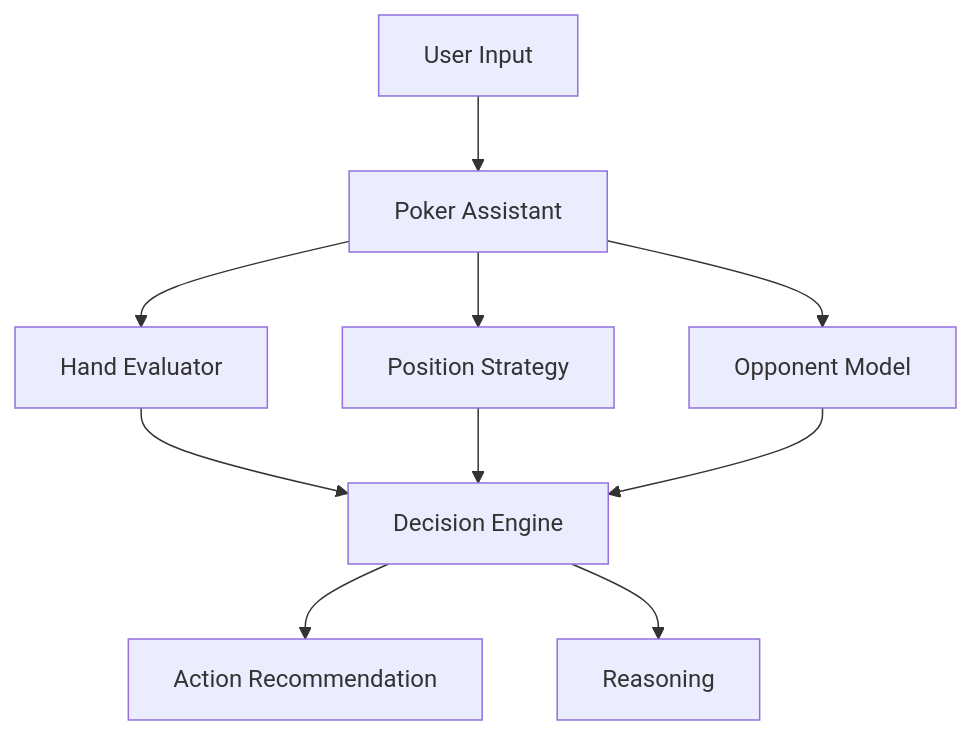
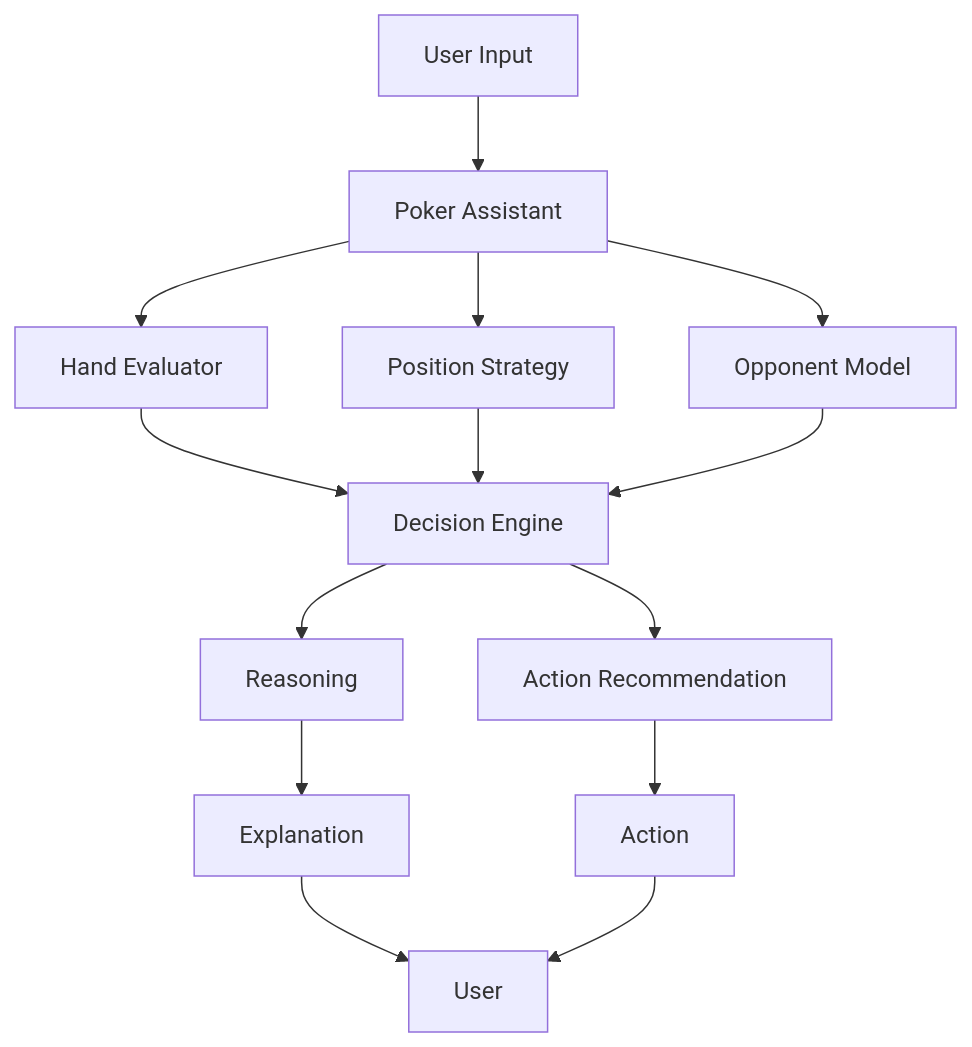
One commit to ruvnet/local-logic changed the first of 6 diagrams in poker/poker_bot/docs/readme.md. Above: the diagram before and after it, drawn with Mermaid. The commit also changed other lines of this file, not shown here.

Commit message:
feat: Add quick start, prerequisites, version history, and enhance system architecture diagram

````diff
--- a/poker/poker_bot/docs/readme.md
+++ b/poker/poker_bot/docs/readme.md
@@ -268,10 +303,13 @@
 ```mermaid
 graph TD
     A[User Input] --> B[Poker Assistant]
     B --> C[Hand Evaluator]
-    B --> D[Position Strategy]
+    B --> D[Position Strategy] 
     B --> E[Opponent Model]
     C & D & E --> F[Decision Engine]
     F --> G[Action Recommendation]
     F --> H[Reasoning]
+    H --> I[Explanation]
+    G --> J[Action]
+    I & J --> K[User]
 ```
````
